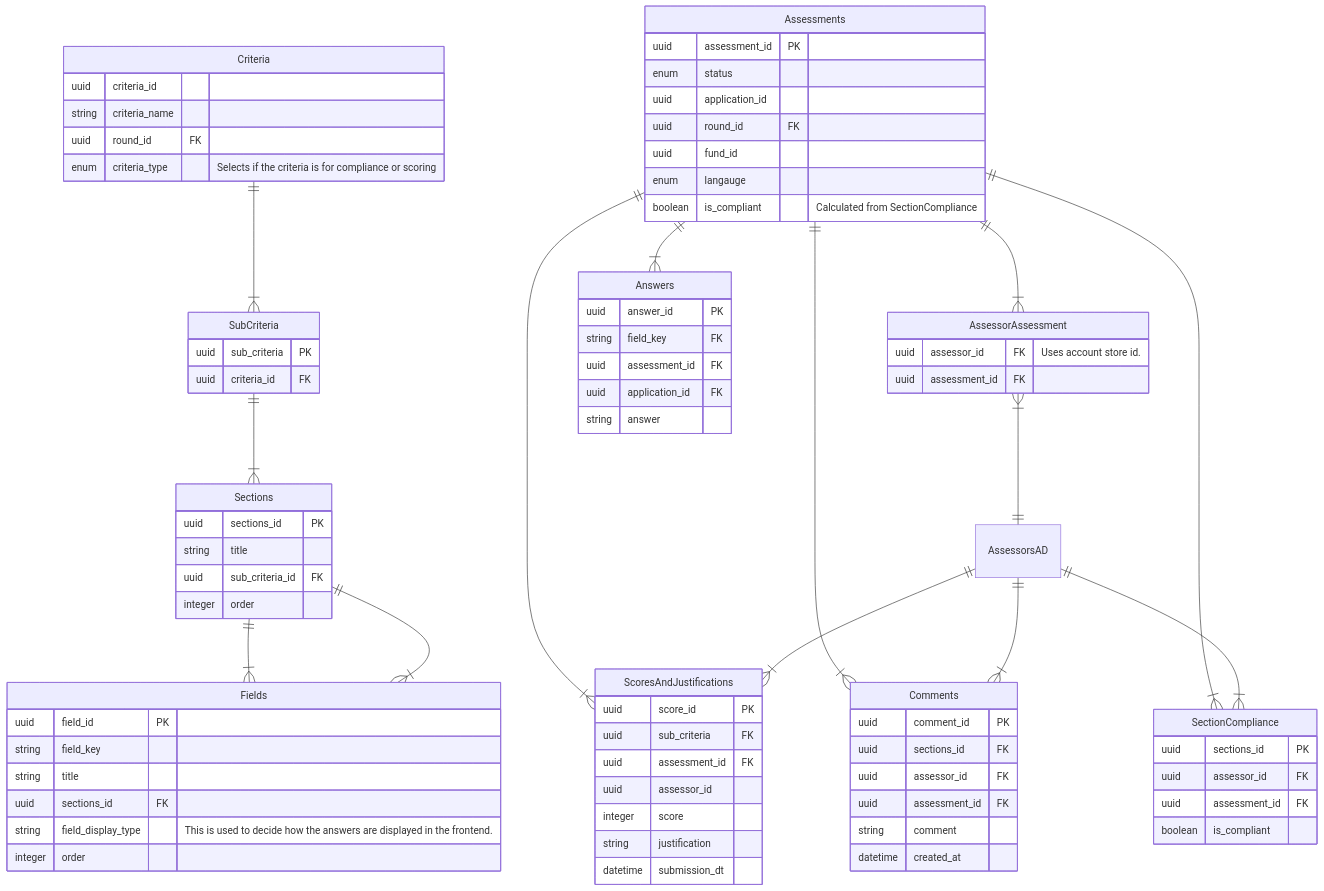
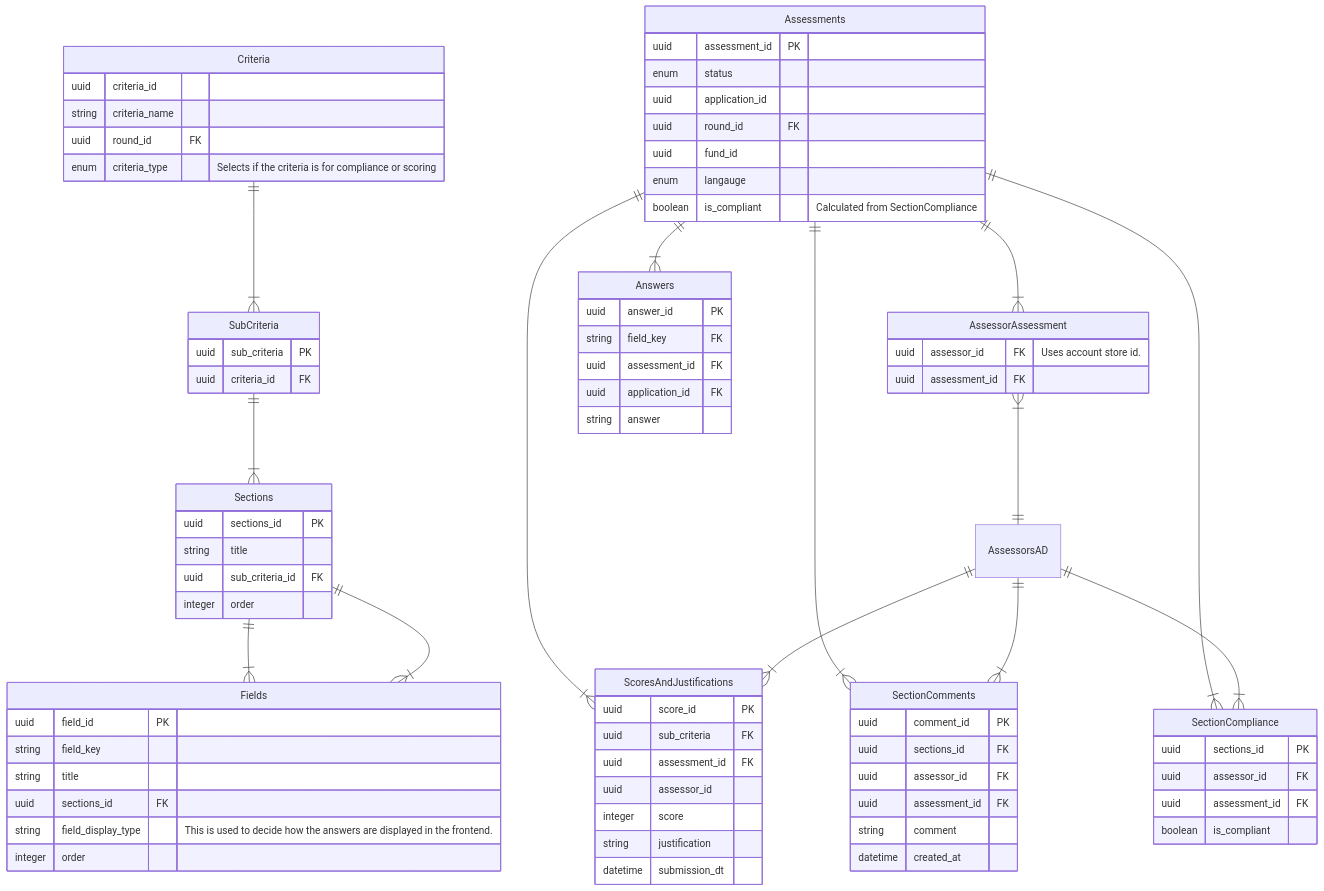
Before and after one commit to communitiesuk/funding-service-design-assessment-store: the diagram in diagrams/db_diagram.md, drawn with Mermaid.

```diff
--- a/diagrams/db_diagram.md
+++ b/diagrams/db_diagram.md
@@ -59,7 +59,7 @@
 		uuid assessment_id FK
 		boolean is_compliant
 	}
-	Comments {
+	SectionComments {
 		uuid comment_id PK
 		uuid sections_id FK
 		uuid assessor_id FK
@@ -70,11 +70,11 @@
 	
 	
 	Assessments ||--|{ ScoresAndJustifications : ""
-	Assessments ||--|{ Comments : ""
+	Assessments ||--|{ SectionComments : ""
 	Assessments ||--|{ SectionCompliance : ""
 	Assessments ||--|{ Answers : ""
 	Assessments ||--|{ AssessorAssessment : ""
-	AssessorsAD ||--|{ Comments : ""
+	AssessorsAD ||--|{ SectionComments : ""
 	AssessorsAD ||--|{ ScoresAndJustifications : ""
 	AssessorsAD ||--|{ SectionCompliance : ""
 	AssessorAssessment }|--|| AssessorsAD : ""
```
